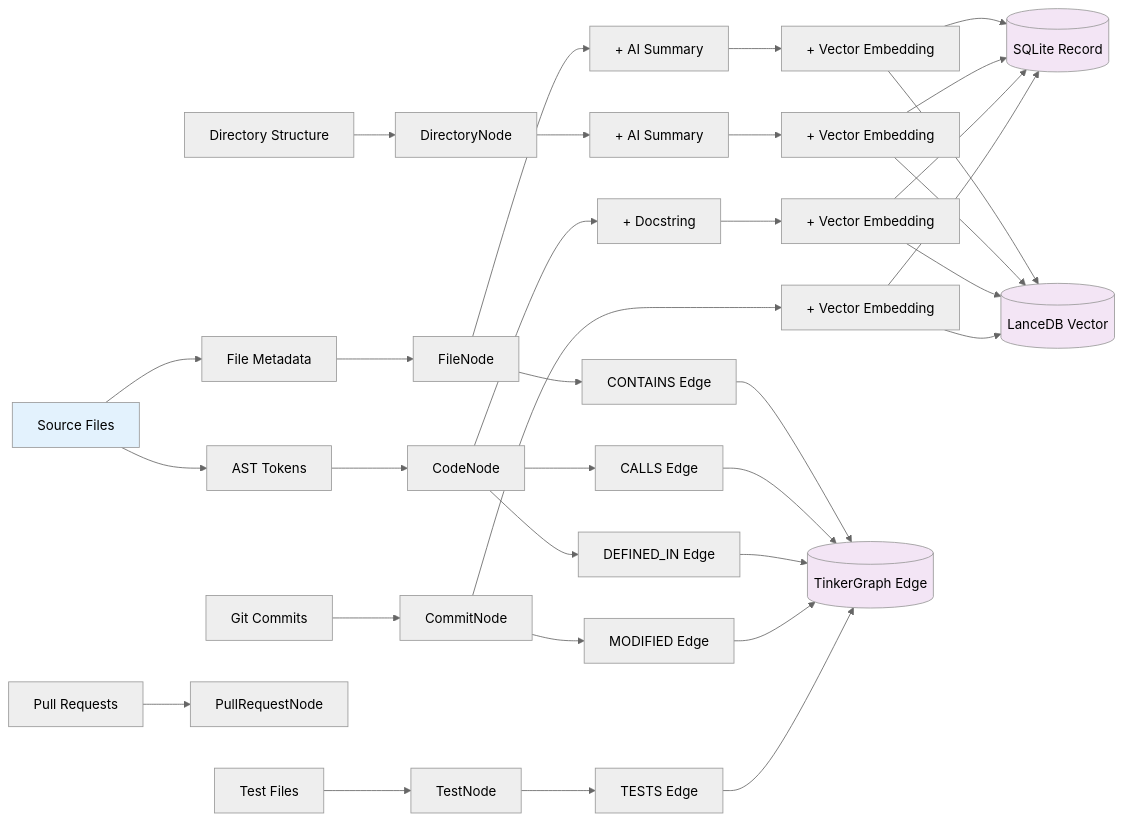
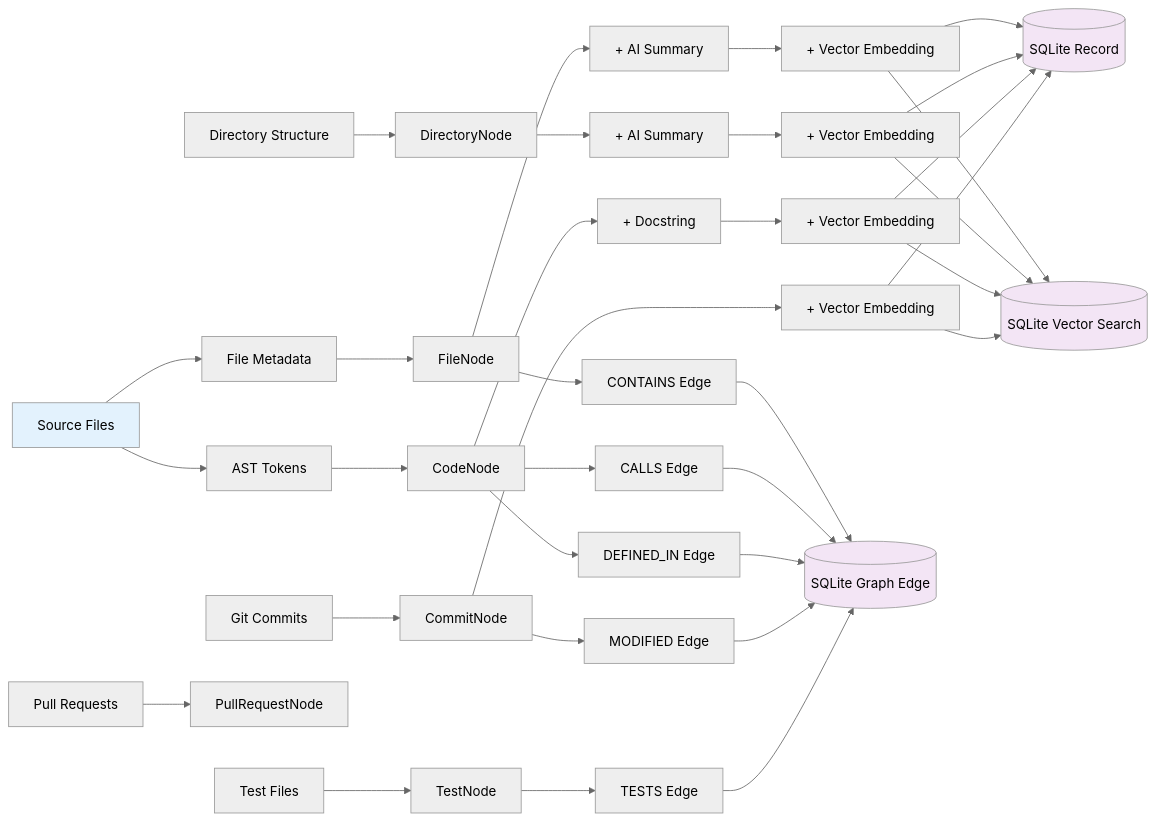
Before and after one commit to foyzulkarim/hikma-engine: the third of 6 diagrams in ARCHITECTURE_DIAGRAMS.md, drawn with Mermaid (neutral theme). The commit also changed other lines of this file and 68 other files, not shown here.

First line of the commit message:
feat: migrate to unified SQLite architecture with sqlite-vec extension

````diff
--- a/ARCHITECTURE_DIAGRAMS.md
+++ b/ARCHITECTURE_DIAGRAMS.md
@@ -183,54 +177,54 @@
 ```mermaid
 graph LR
     %% Raw Data
     A[Source Files] --> B[File Metadata]
     A --> C[AST Tokens]
     
     %% Parsed Structures
     B --> D[FileNode]
     C --> E[CodeNode]
     F[Directory Structure] --> G[DirectoryNode]
     H[Git Commits] --> I[CommitNode]
     J[Pull Requests] --> K[PullRequestNode]
     L[Test Files] --> M[TestNode]
     
     %% Relationships
     D --> N[CONTAINS Edge]
     E --> O[CALLS Edge]
     E --> P[DEFINED_IN Edge]
     I --> Q[MODIFIED Edge]
     M --> R[TESTS Edge]
     
     %% Enhanced Data
     D --> S[+ AI Summary]
     G --> T[+ AI Summary]
     E --> U[+ Docstring]
     
     %% Vector Embeddings
     S --> V[+ Vector Embedding]
     T --> W[+ Vector Embedding]
     U --> X[+ Vector Embedding]
     I --> Y[+ Vector Embedding]
     
     %% Storage Format
     V --> Z[(SQLite Record)]
     W --> Z
     X --> Z
     Y --> Z
     
-    V --> AA[(LanceDB Vector)]
+    V --> AA[(SQLite Vector Search)]
     W --> AA
     X --> AA
     Y --> AA
     
-    N --> BB[(TinkerGraph Edge)]
+    N --> BB[(SQLite Graph Edge)]
     O --> BB
     P --> BB
     Q --> BB
     R --> BB
     
     style A fill:#e3f2fd
     style Z fill:#f3e5f5
     style AA fill:#f3e5f5
     style BB fill:#f3e5f5
 ```
````
